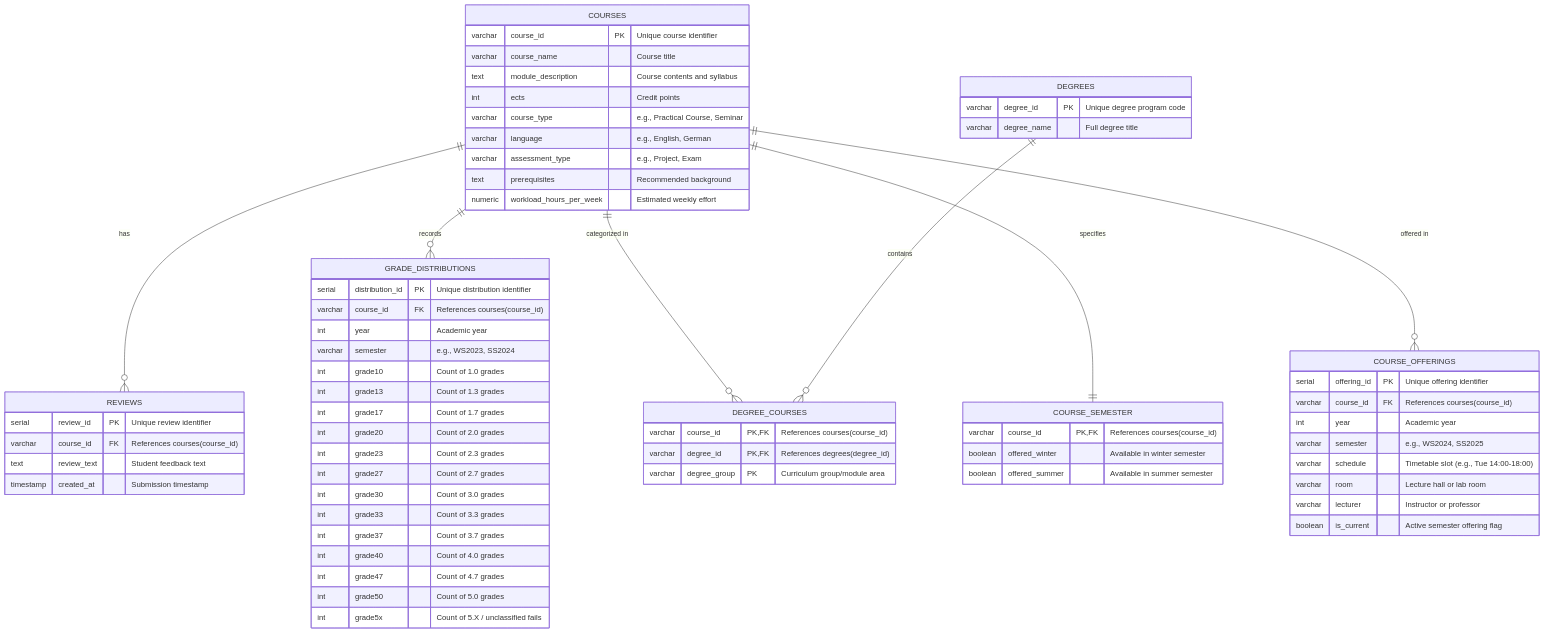
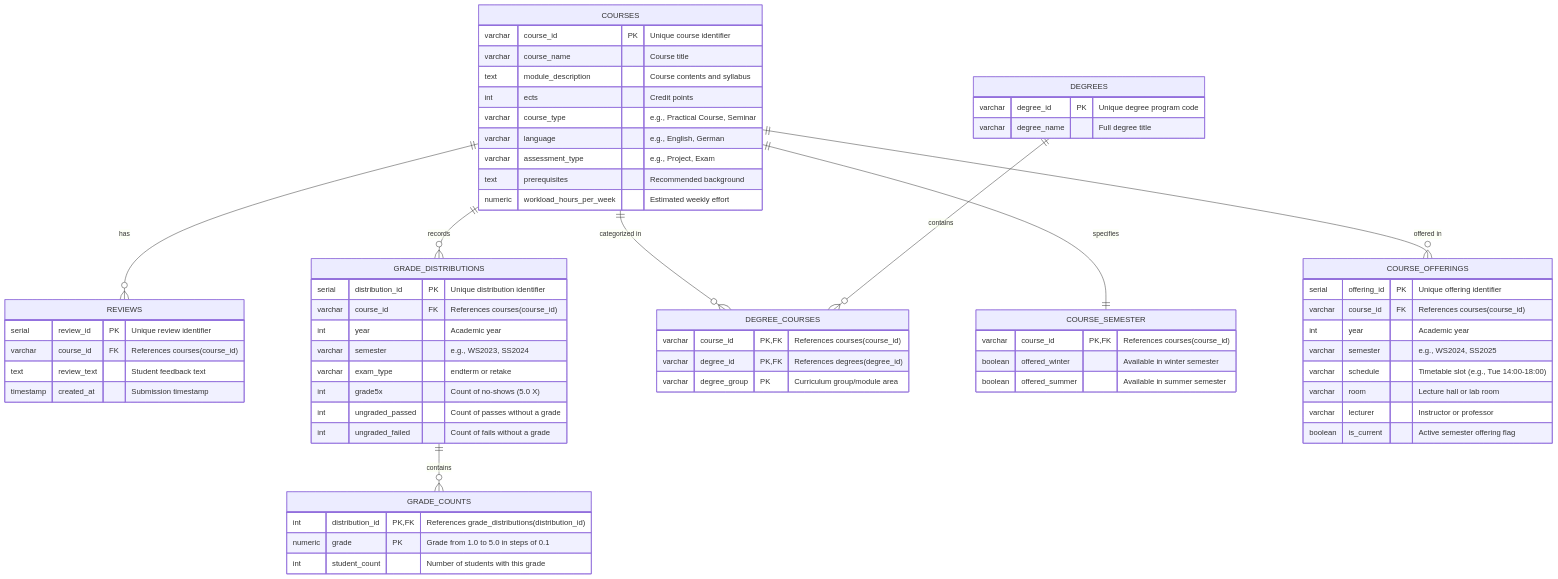
Before and after one commit to veneta13/course-compass: the diagram in README.md, drawn with Mermaid. The commit also changed other lines of this file and 3 other files, not shown here.

Commit message:
Import grade distributions from the TUM Info API

````diff
--- a/README.md
+++ b/README.md
@@ -1,76 +1,74 @@
 ```mermaid
 erDiagram
     COURSES ||--o{ REVIEWS : "has"
     COURSES ||--o{ GRADE_DISTRIBUTIONS : "records"
+    GRADE_DISTRIBUTIONS ||--o{ GRADE_COUNTS : "contains"
     COURSES ||--o{ DEGREE_COURSES : "categorized in"
     DEGREES ||--o{ DEGREE_COURSES : "contains"
     COURSES ||--|| COURSE_SEMESTER : "specifies"
     COURSES ||--o{ COURSE_OFFERINGS : "offered in"
 
     COURSES {
         varchar course_id PK "Unique course identifier"
         varchar course_name "Course title"
         text module_description "Course contents and syllabus"
         int ects "Credit points"
         varchar course_type "e.g., Practical Course, Seminar"
         varchar language "e.g., English, German"
         varchar assessment_type "e.g., Project, Exam"
         text prerequisites "Recommended background"
         numeric workload_hours_per_week "Estimated weekly effort"
     }
 
     DEGREES {
         varchar degree_id PK "Unique degree program code"
         varchar degree_name "Full degree title"
     }
 
     REVIEWS {
         serial review_id PK "Unique review identifier"
         varchar course_id FK "References courses(course_id)"
         text review_text "Student feedback text"
         timestamp created_at "Submission timestamp"
     }
 
     GRADE_DISTRIBUTIONS {
         serial distribution_id PK "Unique distribution identifier"
         varchar course_id FK "References courses(course_id)"
         int year "Academic year"
         varchar semester "e.g., WS2023, SS2024"
-        int grade10 "Count of 1.0 grades"
-        int grade13 "Count of 1.3 grades"
-        int grade17 "Count of 1.7 grades"
-        int grade20 "Count of 2.0 grades"
-        int grade23 "Count of 2.3 grades"
-        int grade27 "Count of 2.7 grades"
-        int grade30 "Count of 3.0 grades"
-        int grade33 "Count of 3.3 grades"
-        int grade37 "Count of 3.7 grades"
-        int grade40 "Count of 4.0 grades"
-        int grade47 "Count of 4.7 grades"
-        int grade50 "Count of 5.0 grades"
-        int grade5x "Count of 5.X / unclassified fails"
+        varchar exam_type "endterm or retake"
+        int grade5x "Count of no-shows (5.0 X)"
+        int ungraded_passed "Count of passes without a grade"
+        int ungraded_failed "Count of fails without a grade"
+    }
+
+    GRADE_COUNTS {
+        int distribution_id PK, FK "References grade_distributions(distribution_id)"
+        numeric grade PK "Grade from 1.0 to 5.0 in steps of 0.1"
+        int student_count "Number of students with this grade"
     }
 
     DEGREE_COURSES {
         varchar course_id PK, FK "References courses(course_id)"
         varchar degree_id PK, FK "References degrees(degree_id)"
         varchar degree_group PK "Curriculum group/module area"
     }
 
     COURSE_SEMESTER {
         varchar course_id PK, FK "References courses(course_id)"
         boolean offered_winter "Available in winter semester"
         boolean offered_summer "Available in summer semester"
     }
 
     COURSE_OFFERINGS {
         serial offering_id PK "Unique offering identifier"
         varchar course_id FK "References courses(course_id)"
         int year "Academic year"
         varchar semester "e.g., WS2024, SS2025"
         varchar schedule "Timetable slot (e.g., Tue 14:00-18:00)"
         varchar room "Lecture hall or lab room"
         varchar lecturer "Instructor or professor"
         boolean is_current "Active semester offering flag"
     }
 ```
````
